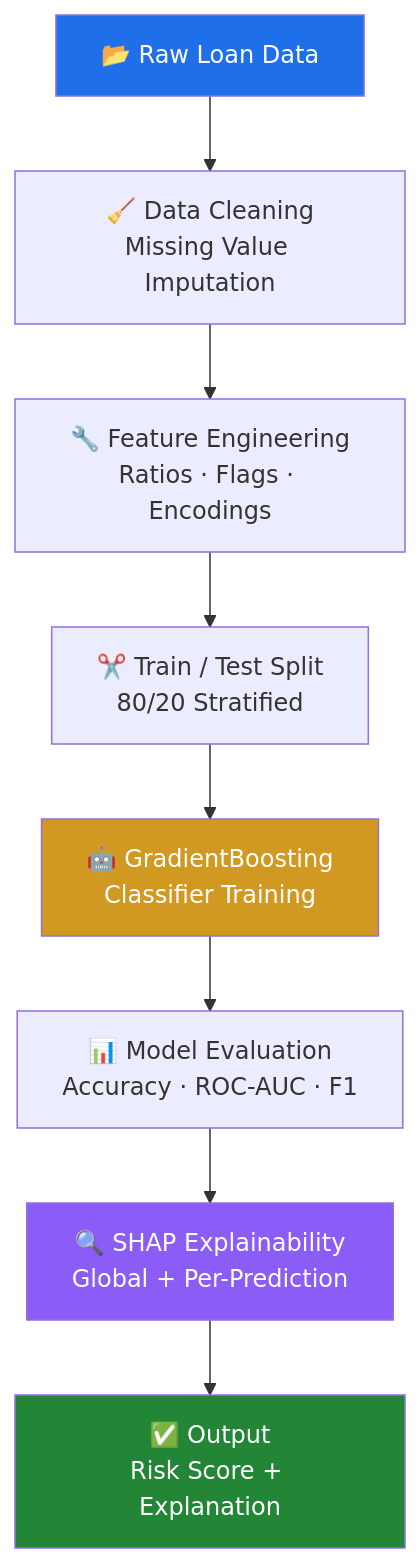
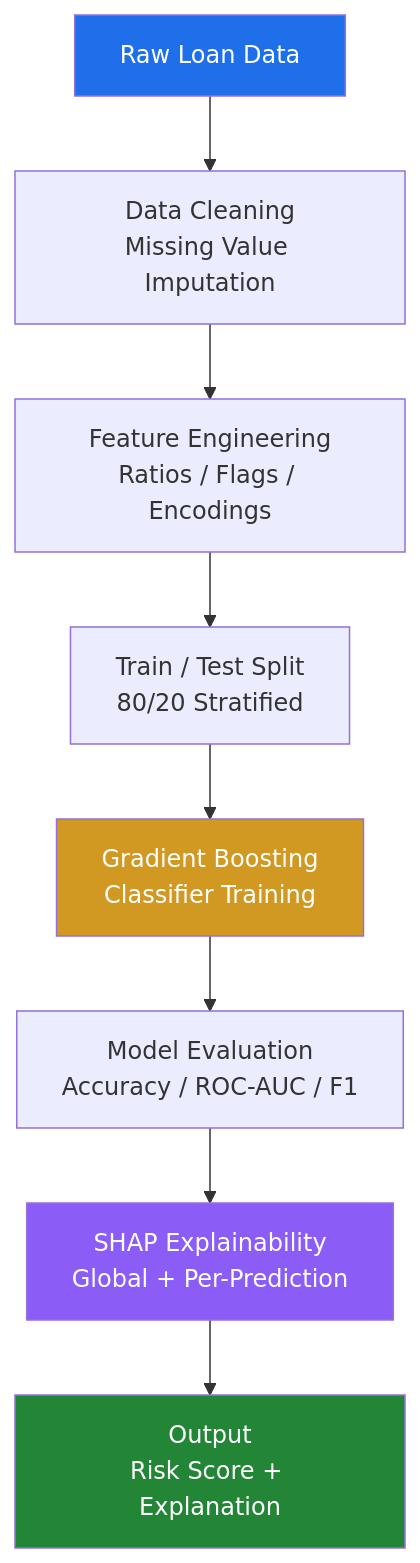
Before and after one commit to jameskoero/loan-risk-assessment: the first of 5 diagrams in README-16.md, drawn with Mermaid. The commit also changed 1 other file, not shown here.

Commit message:
Fix Mermaid ML pipeline rendering in READMEs
Agent-Logs-Url: https://github.com/jameskoero/loan-risk-assessment/sessions/2bae7428-2f4c-474a-828d-00b5a36a34a5

````diff
--- a/README-16.md
+++ b/README-16.md
@@ -54,15 +54,15 @@
 ```mermaid
 flowchart TD
-    A[📂 Raw Loan Data] --> B[🧹 Data Cleaning\nMissing Value Imputation]
-    B --> C[🔧 Feature Engineering\nRatios · Flags · Encodings]
-    C --> D[✂️ Train / Test Split\n80/20 Stratified]
-    D --> E[🤖 GradientBoosting\nClassifier Training]
-    E --> F[📊 Model Evaluation\nAccuracy · ROC-AUC · F1]
-    F --> G[🔍 SHAP Explainability\nGlobal + Per-Prediction]
-    G --> H[✅ Output\nRisk Score + Explanation]
+    A["Raw Loan Data"] --> B["Data Cleaning<br/>Missing Value Imputation"]
+    B --> C["Feature Engineering<br/>Ratios / Flags / Encodings"]
+    C --> D["Train / Test Split<br/>80/20 Stratified"]
+    D --> E["Gradient Boosting<br/>Classifier Training"]
+    E --> F["Model Evaluation<br/>Accuracy / ROC-AUC / F1"]
+    F --> G["SHAP Explainability<br/>Global + Per-Prediction"]
+    G --> H["Output<br/>Risk Score + Explanation"]
 
     style A fill:#1f6feb,color:#fff
     style H fill:#238636,color:#fff
     style E fill:#d29922,color:#fff
     style G fill:#8b5cf6,color:#fff
 ```
````
